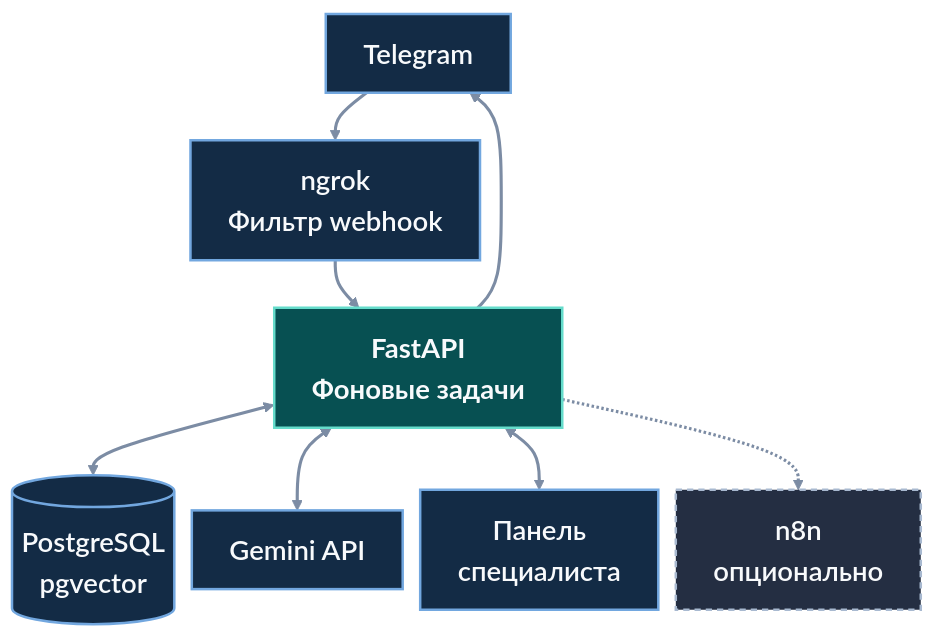
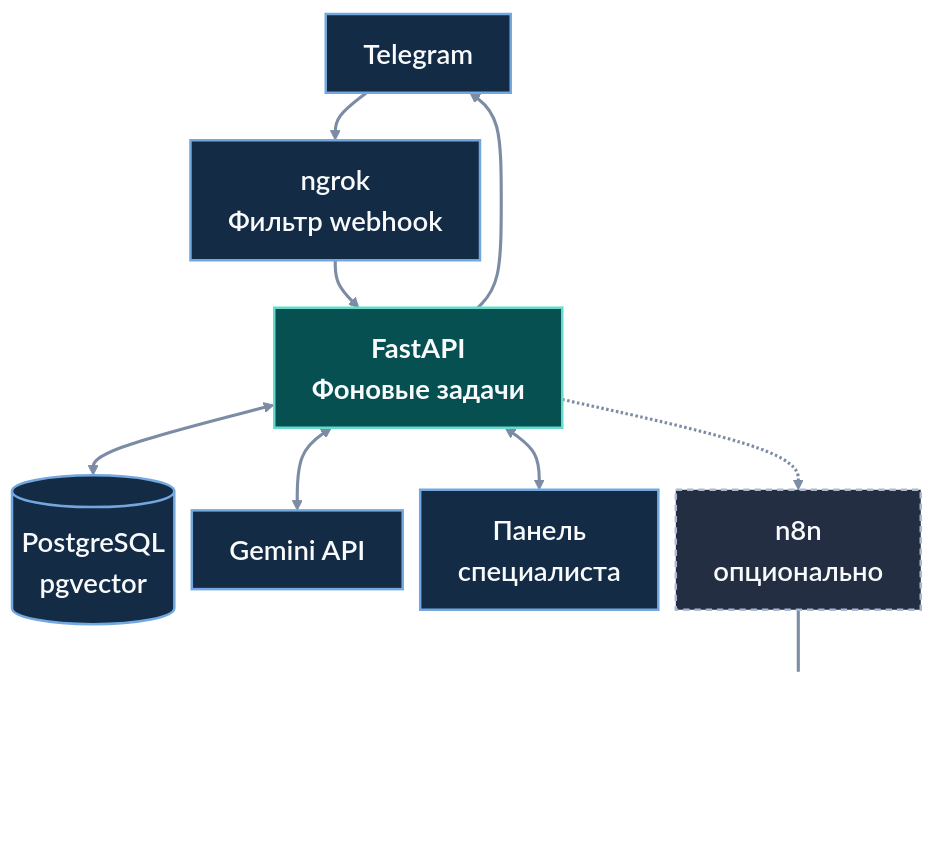
One commit to obebme/ai-service-desk changed the diagram in README.md. Above: the diagram before and after it, drawn with Mermaid.

Commit message:
Keep viewer controls clear of architecture labels

````diff
--- a/README.md
+++ b/README.md
@@ -69,31 +69,36 @@
 ```mermaid
 ---
 config:
   theme: base
   themeVariables:
     fontSize: "22px"
     lineColor: "#7C8CA4"
   flowchart:
     nodeSpacing: 14
     rankSpacing: 38
     diagramPadding: 8
 ---
 flowchart TB
     accTitle: Поток обращений AI Service Desk
     accDescr: Telegram отправляет сообщение через фильтр webhook в FastAPI. FastAPI отвечает в чат и взаимодействует с PostgreSQL, Gemini и панелью специалиста. n8n подключается по желанию.
 
     Telegram["Telegram"] --> Ingress["ngrok<br/>Фильтр webhook"]
     Ingress --> API["FastAPI<br/>Фоновые задачи"]
     API --> Telegram
     API <--> DB[("PostgreSQL<br/>pgvector")]
     API <--> AI["Gemini API"]
     API <--> Panel["Панель<br/>специалиста"]
     API -.-> N8N["n8n<br/>опционально"]
 
+    %% Reserve space for the GitHub viewer controls below the dependency row.
+    N8N ~~~ Spacer["&nbsp;<br/>&nbsp;<br/>&nbsp;"]
+
     classDef default fill:#132B45,stroke:#72A7DF,color:#F8FAFC,stroke-width:2px,font-weight:600;
     classDef core fill:#075052,stroke:#65DCCB,color:#F8FAFC,stroke-width:2px,font-weight:700;
     classDef optional fill:#242E42,stroke:#A8B9D0,color:#F8FAFC,stroke-width:2px,stroke-dasharray:5 4,font-weight:600;
+    classDef spacer fill:transparent,stroke:transparent,color:transparent;
     class API core;
     class N8N optional;
+    class Spacer spacer;
     linkStyle default stroke:#7C8CA4,stroke-width:2.5px;
 ```
````
